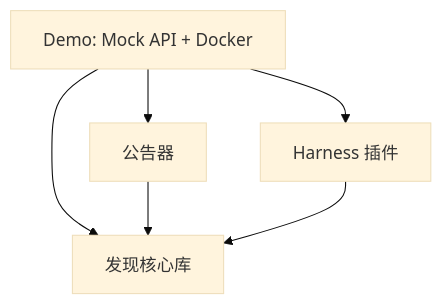
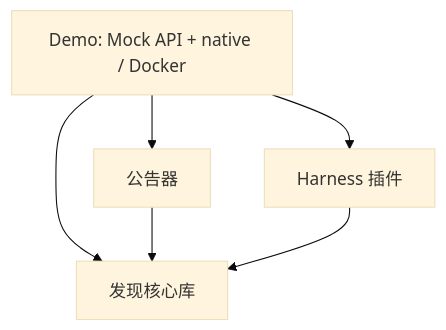
Before and after one commit to nobrowning/llm-service-discovery-demo: the diagram in docs/repositories.md, drawn with Mermaid (base theme). The commit also changed other lines of this file and 38 other files, not shown here.

Commit message:
Add native cross-platform demo, portable release bundles and platform validation

````diff
--- a/docs/repositories.md
+++ b/docs/repositories.md
@@ -14,8 +14,8 @@
 ```mermaid
 flowchart TD
-  Demo[Demo: Mock API + Docker] --> Advertiser[公告器]
+  Demo[Demo: Mock API + native / Docker] --> Advertiser[公告器]
   Demo --> Plugin[Harness 插件]
   Demo --> Core[发现核心库]
   Advertiser --> Core
   Plugin --> Core
 ```
````
